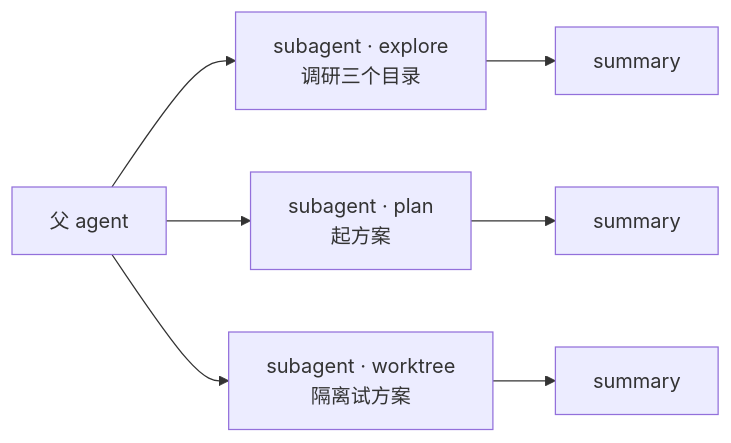
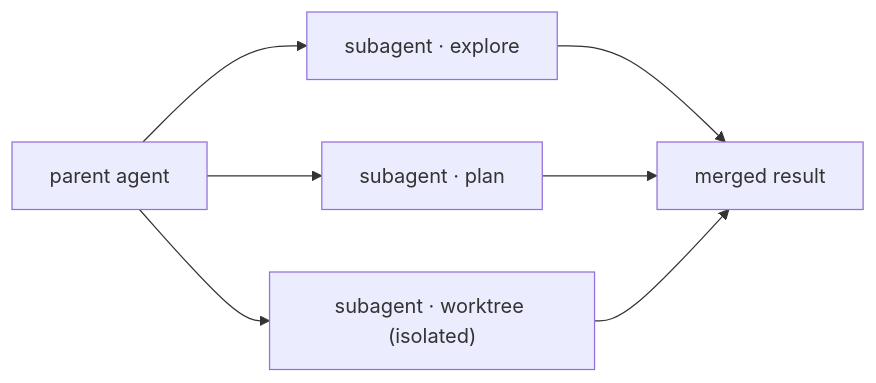
Before and after one commit to whyiyhw/seek: the first of 2 diagrams in README.md, drawn with Mermaid. The commit also changed other lines of this file and 2 other files, not shown here.

````diff
--- a/README.md
+++ b/README.md
@@ -43,13 +52,13 @@
 ```mermaid
 graph LR
-  P["父 agent"]
-  E["subagent · explore<br/>调研三个目录"]
-  L["subagent · plan<br/>起方案"]
-  W["subagent · worktree<br/>隔离试方案"]
+  P["parent agent"]
+  E["subagent · explore"]
+  L["subagent · plan"]
+  W["subagent · worktree (isolated)"]
   P --> E
   P --> L
   P --> W
-  E --> S1[summary]
-  L --> S2[summary]
-  W --> S3[summary]
+  E --> S["merged result"]
+  L --> S
+  W --> S
 ```
````
